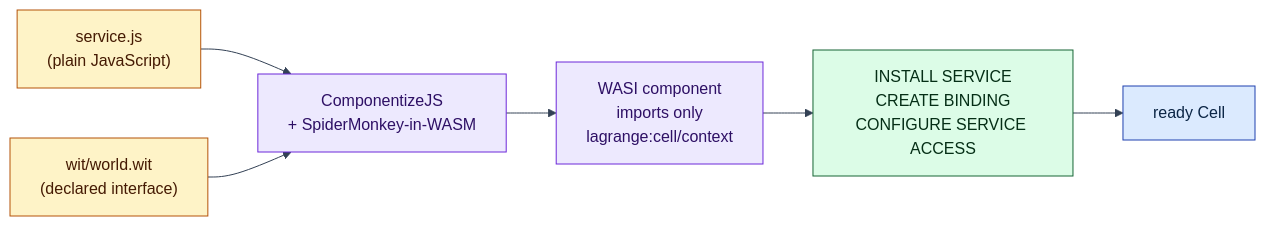
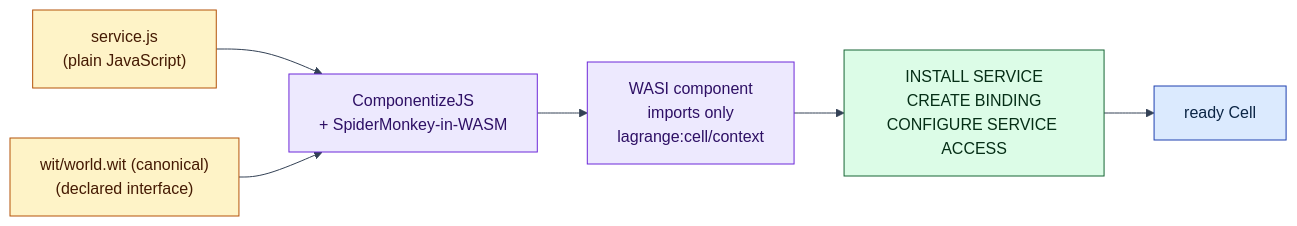
One commit to psvensson/lagrange changed the first of 2 diagrams in examples/js-request-binding-deployment/README.md. Above: the diagram before and after it, drawn with Mermaid. The commit also changed other lines of this file and 31 other files, not shown here.

First line of the commit message:
service-cell-combined-wit-world: A committed canonical authoring WIT wo…

````diff
--- a/examples/js-request-binding-deployment/README.md
+++ b/examples/js-request-binding-deployment/README.md
@@ -43,19 +43,19 @@
 ```mermaid
 %%{init: {'theme':'base','themeVariables':{'background':'#ffffff','lineColor':'#334155','textColor':'#0f172a'}}}%%
 flowchart LR
   JS["service.js<br/>(plain JavaScript)"]:::ctrl
-  WIT["wit/world.wit<br/>(declared interface)"]:::ctrl
+  WIT["wit/world.wit (canonical)<br/>(declared interface)"]:::ctrl
   CJS["ComponentizeJS<br/>+ SpiderMonkey-in-WASM"]:::move
   COMP["WASI component<br/>imports only<br/>lagrange:cell/context"]:::move
   SQL["INSTALL SERVICE<br/>CREATE BINDING<br/>CONFIGURE SERVICE ACCESS"]:::svc
   CELL["ready Cell"]:::data
 
   JS --> CJS
   WIT --> CJS
   CJS --> COMP --> SQL --> CELL
 
   classDef data fill:#dbeafe,stroke:#1e40af,color:#0b2545
   classDef svc fill:#dcfce7,stroke:#166534,color:#052e16
   classDef ctrl fill:#fef3c7,stroke:#b45309,color:#451a03
   classDef move fill:#ede9fe,stroke:#6d28d9,color:#2e1065
 ```
````
